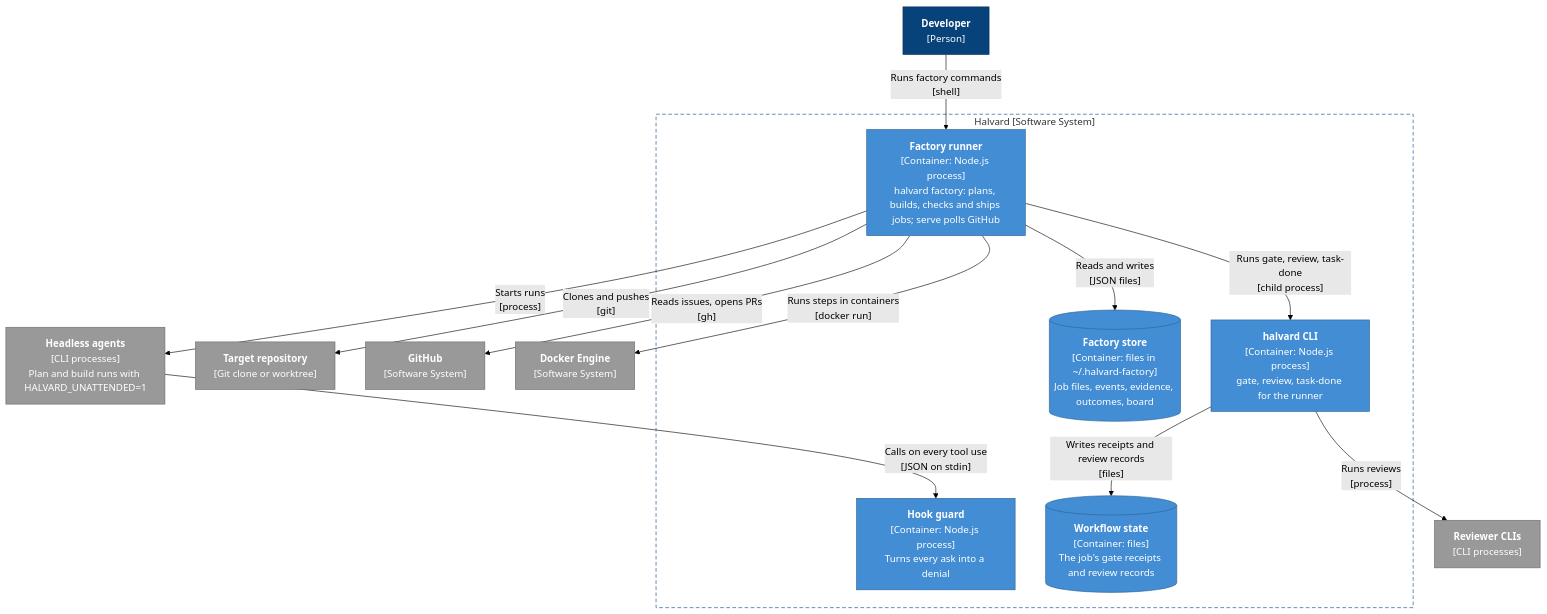
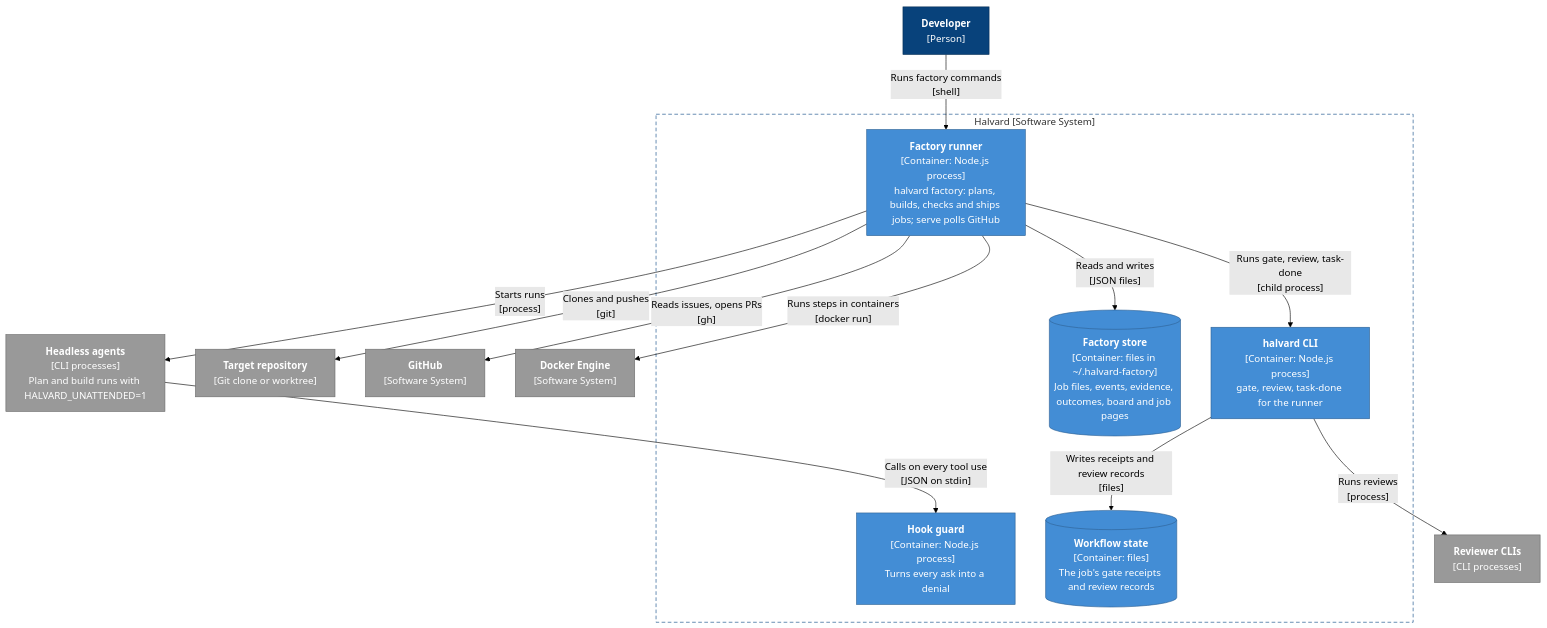
The third of 7 diagrams in docs/architecture.md (ghulando/halvard), drawn with Mermaid (forest theme) before and after one commit. The commit also changed other lines of this file and 5 other files, not shown here.

Commit message:
Add factory ship, the board after each command, and job pages

````diff
--- a/docs/architecture.md
+++ b/docs/architecture.md
@@ -110,36 +110,36 @@
 ```mermaid
 flowchart TB
     dev["<b>Developer</b><br/>[Person]"]
     repo["<b>Target repository</b><br/>[Git clone or worktree]"]
     github["<b>GitHub</b><br/>[Software System]"]
     docker["<b>Docker Engine</b><br/>[Software System]"]
     reviewers["<b>Reviewer CLIs</b><br/>[CLI processes]"]
     headless["<b>Headless agents</b><br/>[CLI processes]<br/>Plan and build runs with HALVARD_UNATTENDED=1"]
 
     subgraph halvard["Halvard [Software System]"]
         factory["<b>Factory runner</b><br/>[Container: Node.js process]<br/>halvard factory: plans, builds, checks and ships jobs; serve polls GitHub"]
-        jobs[("<b>Factory store</b><br/>[Container: files in ~/.halvard-factory]<br/>Job files, events, evidence, outcomes, board")]
+        jobs[("<b>Factory store</b><br/>[Container: files in ~/.halvard-factory]<br/>Job files, events, evidence, outcomes, board and job pages")]
         cli["<b>halvard CLI</b><br/>[Container: Node.js process]<br/>gate, review, task-done for the runner"]
         hook["<b>Hook guard</b><br/>[Container: Node.js process]<br/>Turns every ask into a denial"]
         state[("<b>Workflow state</b><br/>[Container: files]<br/>The job's gate receipts and review records")]
     end
 
     dev -- "Runs factory commands<br/>[shell]" --> factory
     factory -- "Reads and writes<br/>[JSON files]" --> jobs
     headless -- "Calls on every tool use<br/>[JSON on stdin]" --> hook
     factory -- "Runs gate, review, task-done<br/>[child process]" --> cli
     cli -- "Writes receipts and review records<br/>[files]" --> state
     cli -- "Runs reviews<br/>[process]" --> reviewers
     factory -- "Clones and pushes<br/>[git]" --> repo
     factory -- "Reads issues, opens PRs<br/>[gh]" --> github
     factory -- "Runs steps in containers<br/>[docker run]" --> docker
     factory -- "Starts runs<br/>[process]" --> headless
 
     classDef person fill:#08427b,stroke:#052e56,color:#ffffff
     classDef container fill:#438dd5,stroke:#2e6295,color:#ffffff
     classDef external fill:#999999,stroke:#6b6b6b,color:#ffffff
     class dev person
     class factory,jobs,cli,hook,state container
     class headless,repo,github,docker,reviewers external
     style halvard fill:none,stroke:#0b4884,stroke-dasharray:6 4
 ```
````
